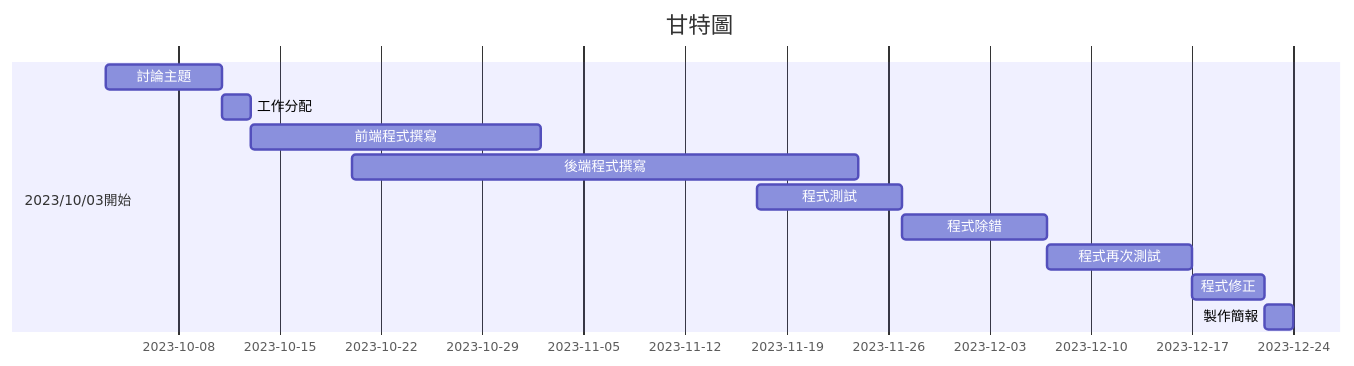
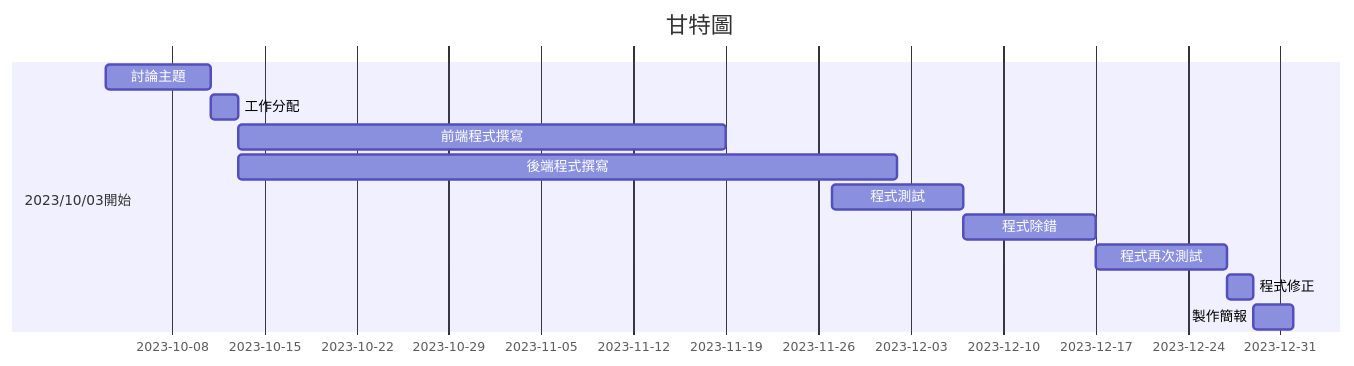
The diagram in README.md (MYZ527/system_analysis_team11), drawn with Mermaid before and after one commit.

````diff
--- a/README.md
+++ b/README.md
@@ -33,15 +33,15 @@
 ```mermaid
 gantt
     title 甘特圖
 
     section 2023/10/03開始
     討論主題      :a1, 2023-10-03, 8d
     工作分配      :a2,2023-10-11  , 2d
-    前端程式撰寫  :a3,2023-10-13  , 20d
-    後端程式撰寫   :a4,2023-10-20  , 35d
-    程式測試      :a5,2023-11-17  , 10d
-    程式除錯      :a6,2023-11-27  , 10d
-    程式再次測試  :a7,2023-12-07  , 10d
-    程式修正      :a8,2023-12-17  , 5d
-    製作簡報      :a9,2023-12-22 , 2d
+    前端程式撰寫  :a3,2023-10-13  , 37d
+    後端程式撰寫   :a4,2023-10-13  , 50d
+    程式測試      :a5,2023-11-27  , 10d
+    程式除錯      :a6,2023-12-07  , 10d
+    程式再次測試  :a7,2023-12-17 , 10d
+    程式修正      :a8,2023-12-27  , 2d
+    製作簡報      :a9,2023-12-29 , 3d
 ```
````
